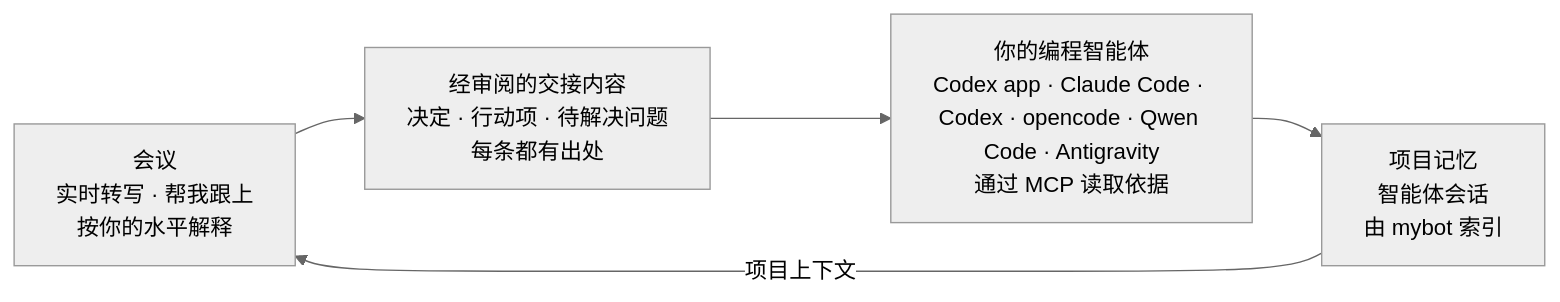
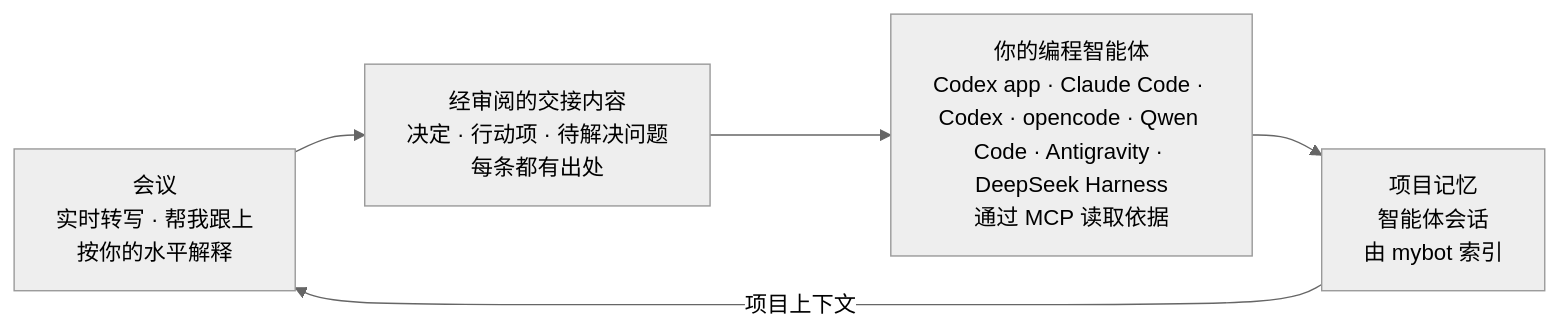
One commit to FakeEnd/chumi changed the diagram in README.zh-CN.md. Above: the diagram before and after it, drawn with Mermaid (neutral theme). The commit also changed other lines of this file and 20 other files, not shown here.

First line of the commit message:
Add DeepSeek Harness as a coding agent

````diff
--- a/README.zh-CN.md
+++ b/README.zh-CN.md
@@ -147,7 +147,7 @@
 ```mermaid
 flowchart LR
   M["会议<br/>实时转写 · 帮我跟上<br/>按你的水平解释"] --> H["经审阅的交接内容<br/>决定 · 行动项 · 待解决问题<br/>每条都有出处"]
-  H --> A["你的编程智能体<br/>Codex app · Claude Code · Codex · opencode · Qwen Code · Antigravity<br/>通过 MCP 读取依据"]
+  H --> A["你的编程智能体<br/>Codex app · Claude Code · Codex · opencode · Qwen Code · Antigravity · DeepSeek Harness<br/>通过 MCP 读取依据"]
   A --> P["项目记忆<br/>智能体会话<br/>由 mybot 索引"]
   P -- "项目上下文" --> M
 ```
````
